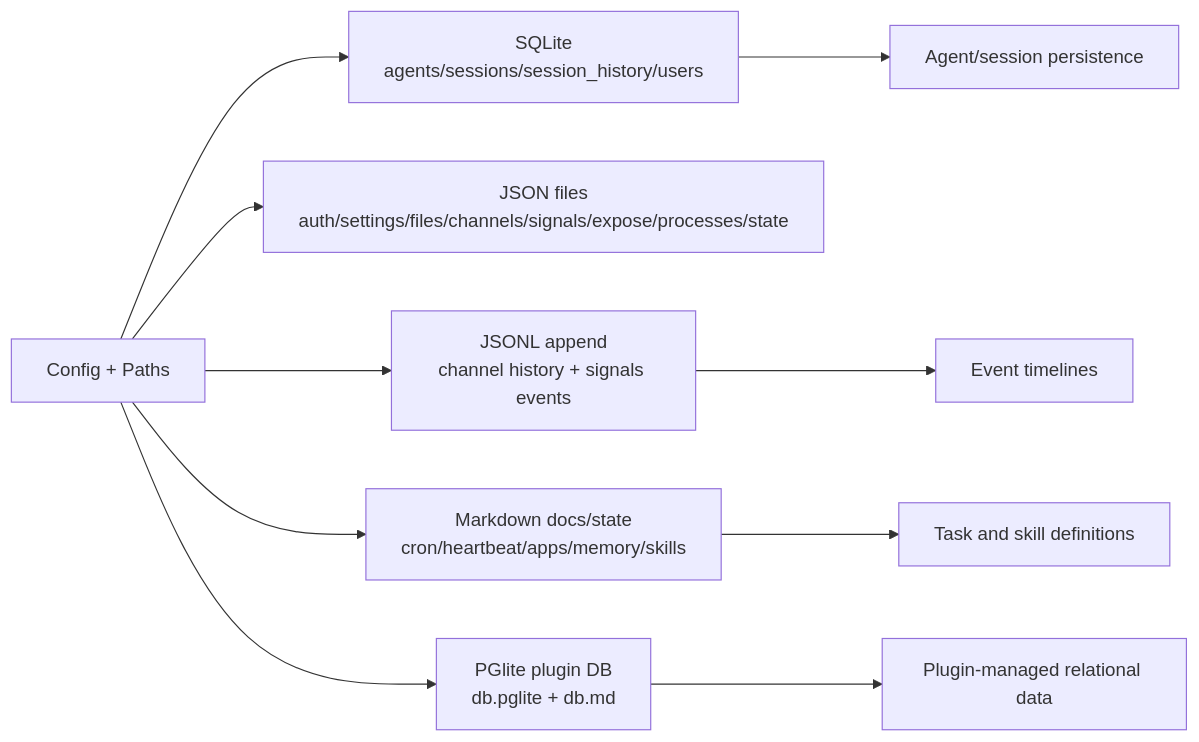
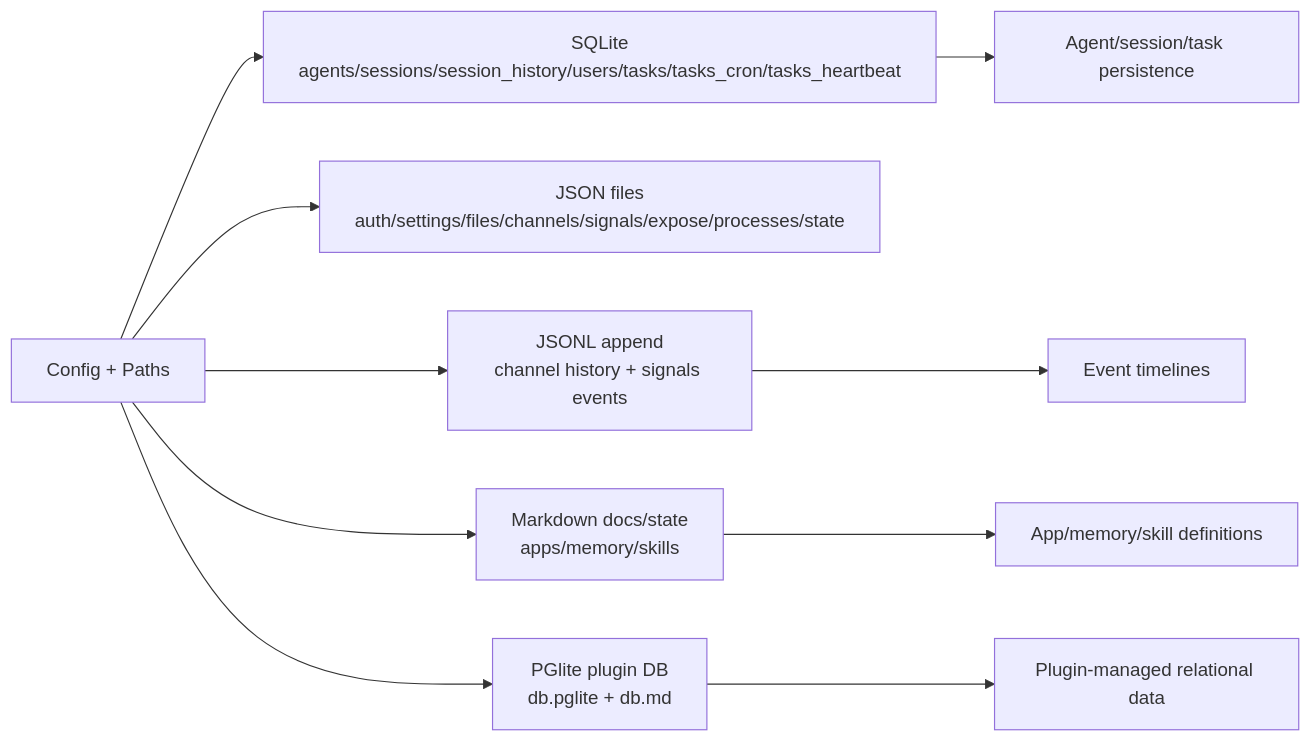
Before and after one commit to ex3ndr/daycare: the eighth of 8 diagrams in doc/STORAGE.md, drawn with Mermaid. The commit also changed other lines of this file and 48 other files, not shown here.

Commit message:
feat(tasks): unify task model and scheduling triggers

````diff
--- a/doc/STORAGE.md
+++ b/doc/STORAGE.md
@@ -1426,13 +1429,13 @@
 ```mermaid
 flowchart LR
-  CFG[Config + Paths] --> SQL[SQLite<br/>agents/sessions/session_history/users]
+  CFG[Config + Paths] --> SQL[SQLite<br/>agents/sessions/session_history/users/tasks/tasks_cron/tasks_heartbeat]
   CFG --> JSON[JSON files<br/>auth/settings/files/channels/signals/expose/processes/state]
   CFG --> JSONL[JSONL append<br/>channel history + signals events]
-  CFG --> MD[Markdown docs/state<br/>cron/heartbeat/apps/memory/skills]
+  CFG --> MD[Markdown docs/state<br/>apps/memory/skills]
   CFG --> PGL[PGlite plugin DB<br/>db.pglite + db.md]
 
-  SQL --> AGT[Agent/session persistence]
+  SQL --> AGT[Agent/session/task persistence]
   JSONL --> EVT[Event timelines]
-  MD --> TASKS[Task and skill definitions]
+  MD --> TASKS[App/memory/skill definitions]
   PGL --> CUSTOM[Plugin-managed relational data]
 ```
````
